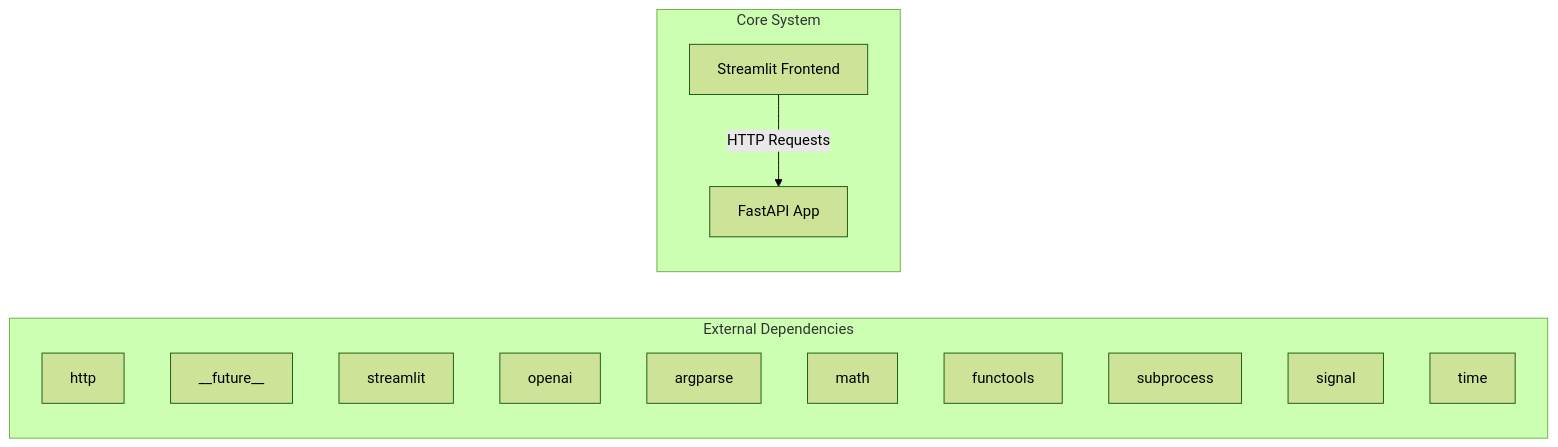
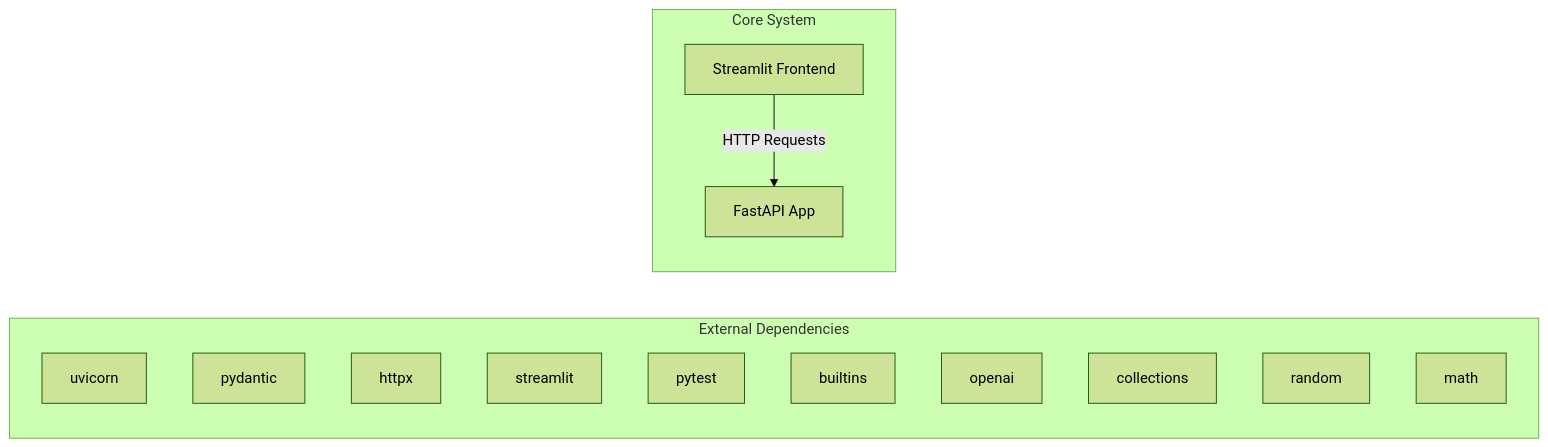
The first of 2 diagrams in docs/architecture.md (NITISH-R-G/rag-context-optimizer), drawn with Mermaid (forest theme) before and after one commit. The commit also changed 1 other file, not shown here.

Commit message:
docs: auto-update repository knowledge, architecture diagrams, and documentation

````diff
--- a/docs/architecture.md
+++ b/docs/architecture.md
@@ -7,20 +7,20 @@
 ```mermaid
 graph LR
     subgraph External Dependencies
-        E0["http"]
-        E1["__future__"]
-        E2["streamlit"]
-        E3["openai"]
-        E4["argparse"]
-        E5["math"]
-        E6["functools"]
-        E7["subprocess"]
-        E8["signal"]
-        E9["time"]
+        E0["uvicorn"]
+        E1["pydantic"]
+        E2["httpx"]
+        E3["streamlit"]
+        E4["pytest"]
+        E5["builtins"]
+        E6["openai"]
+        E7["collections"]
+        E8["random"]
+        E9["math"]
     end
     subgraph Core System
         API["FastAPI App"]
         UI["Streamlit Frontend"]
     end
     UI -->|HTTP Requests| API
 ```
````
